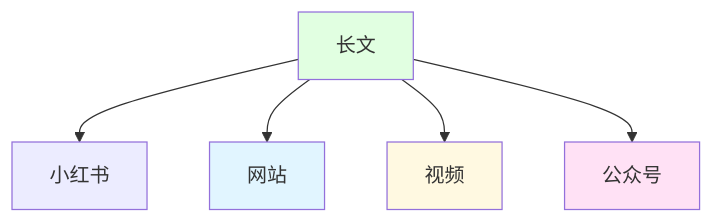
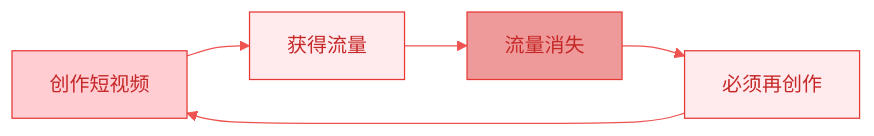
One commit to sunwei/opc changed the second of 10 diagrams in 一人公司/1. 一人公司操作指南/06.长文创作/a.长文为何是飞轮中心.md. Above: the diagram before and after it, drawn with Mermaid. The commit also changed other lines of this file and 30 other files, not shown here.

````diff
--- a/一人公司/1. 一人公司操作指南/06.长文创作/a.长文为何是飞轮中心.md
+++ b/一人公司/1. 一人公司操作指南/06.长文创作/a.长文为何是飞轮中心.md
@@ -9,13 +90,11 @@
 ```mermaid
-graph TD
-    F[长文]
-    F --> A[小红书]
-    F --> B[网站]
-    F --> C[视频]
-    F --> D[公众号]
-
-    style F fill:#e1ffe1
-    style B fill:#e1f5ff
-    style C fill:#fff9e1
-    style D fill:#ffe1f5
+%%{init: {'theme':'base', 'themeVariables': {'primaryColor':'#ffebee','primaryTextColor':'#c62828','primaryBorderColor':'#e53935','lineColor':'#ef5350'}}}%%
+graph LR
+    A[创作短视频] --> B[获得流量]
+    B --> C[流量消失]
+    C --> D[必须再创作]
+    D --> A
+    
+    style A fill:#ffcdd2
+    style C fill:#ef9a9a
 ```
````
